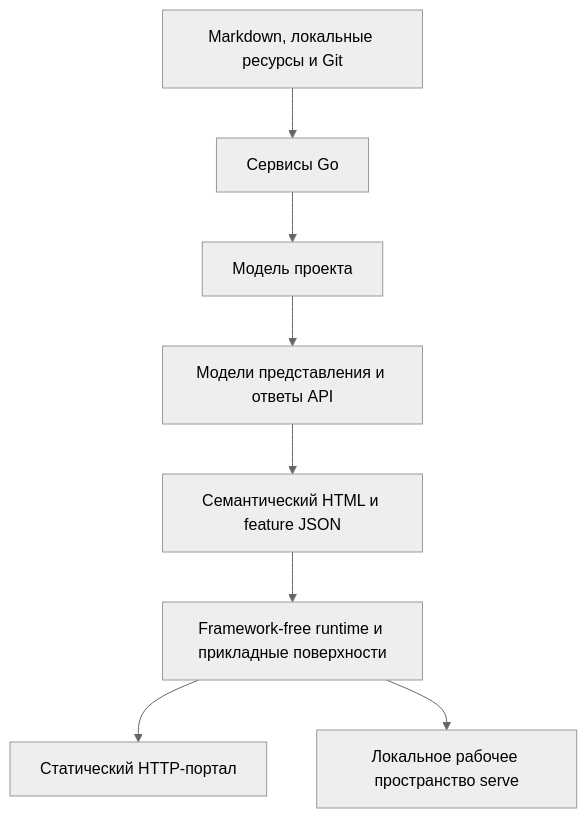
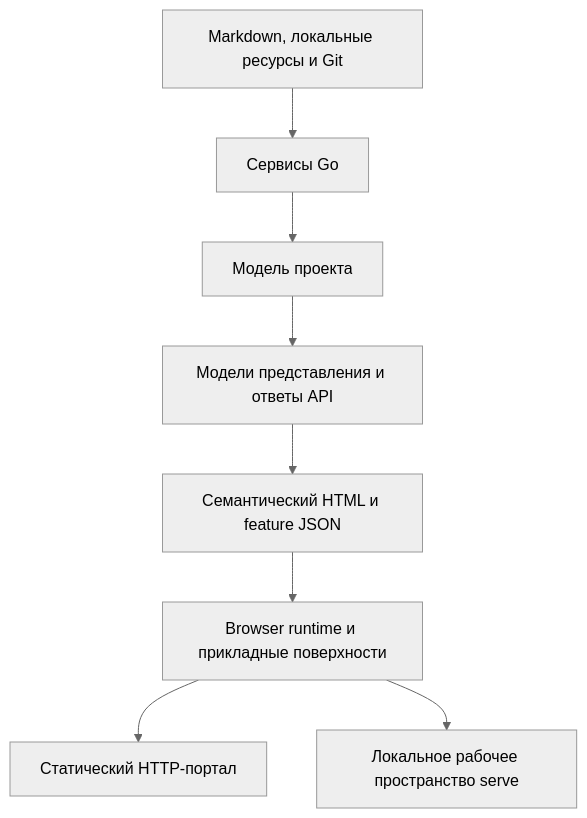
The first of 2 diagrams in docs/architecture/frontend-runtime-boundary.md (lumenikoly/docu-docu), drawn with Mermaid (neutral theme) before and after one commit. The commit also changed other lines of this file and 61 other files, not shown here.

````diff
--- a/docs/architecture/frontend-runtime-boundary.md
+++ b/docs/architecture/frontend-runtime-boundary.md
@@ -19,10 +17,10 @@
 ```mermaid
 flowchart TD
     Source["Markdown, локальные ресурсы и Git"] --> Core["Сервисы Go"]
     Core --> Model["Модель проекта"]
     Model --> View["Модели представления и ответы API"]
     View --> HTML["Семантический HTML и feature JSON"]
-    HTML --> Browser["Framework-free runtime и прикладные поверхности"]
+    HTML --> Browser["Browser runtime и прикладные поверхности"]
     Browser --> Static["Статический HTTP-портал"]
     Browser --> Serve["Локальное рабочее пространство serve"]
 ```
````
